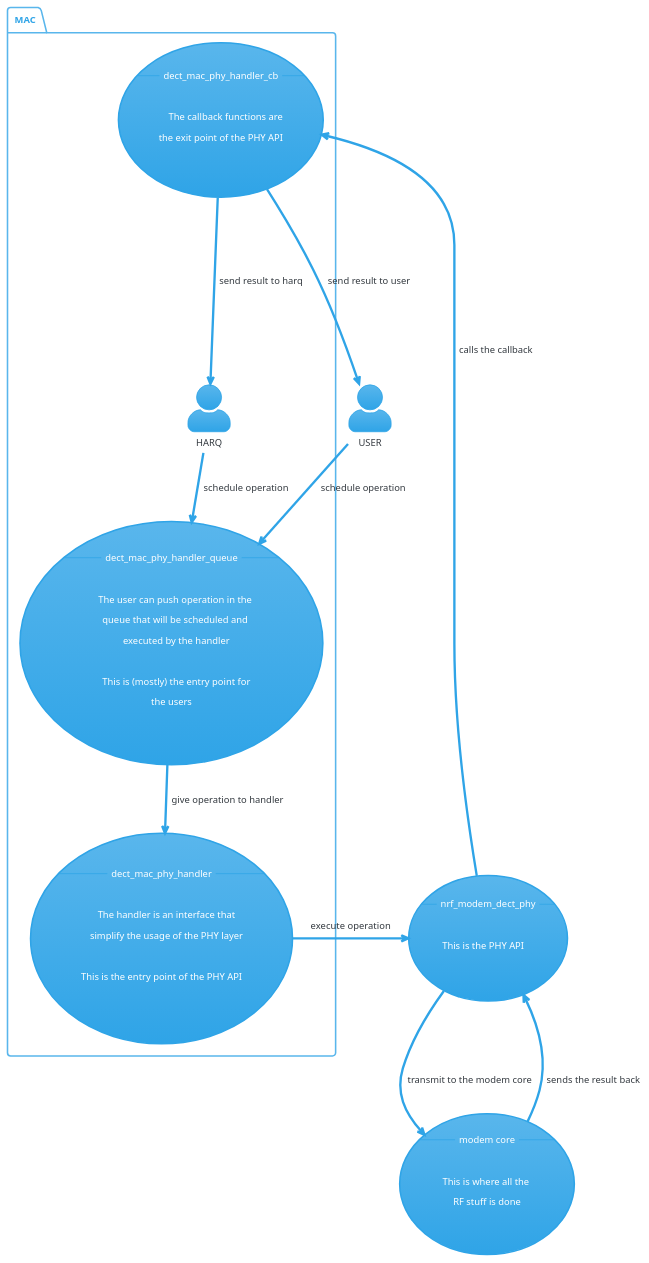
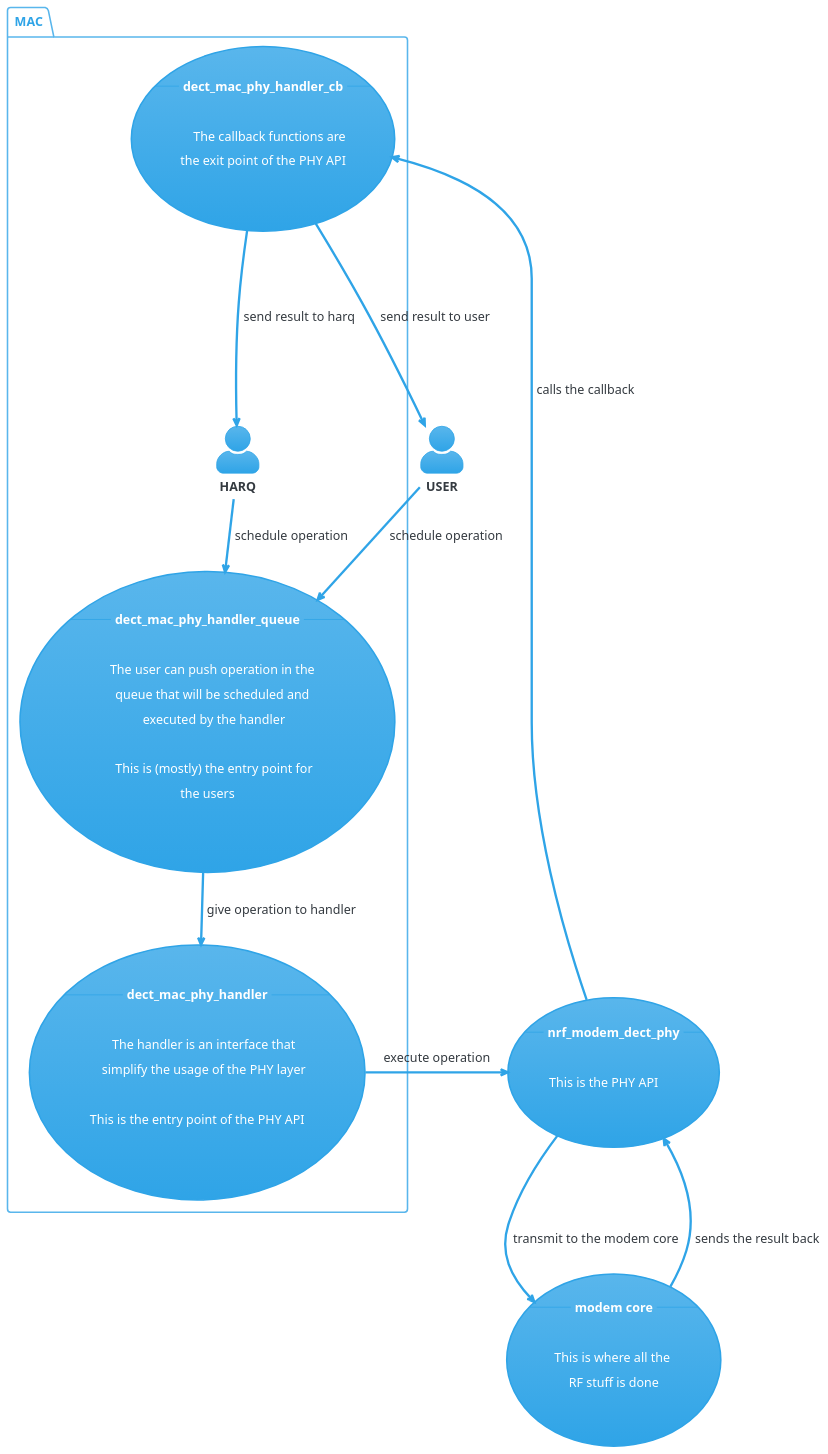
One commit to Terrazed/bachelor-project_dect-nr-plus-harq changed the diagram in doc/diagrams/phy_handler_use_case.puml. Above: the diagram before and after it, drawn with PlantUML.

```diff
--- a/doc/diagrams/phy_handler_use_case.puml
+++ b/doc/diagrams/phy_handler_use_case.puml
@@ -1,62 +1,62 @@
 @startuml
 
 !theme cerulean
-'skinparam DefaultFontSize 16
+skinparam DefaultFontSize 16
 skinparam defaultFontName Gotham Black
 
 
 skinparam actorStyle awesome
 
-:USER: as user
+:**USER**: as user
 
 package MAC {
-    :HARQ: as harq
+    :**HARQ**: as harq
 
-    usecase queue as "--dect_mac_phy_handler_queue--
+    usecase queue as "--**dect_mac_phy_handler_queue**--
 
     The user can push operation in the 
     queue that will be scheduled and 
     executed by the handler
 
     This is (mostly) the entry point for
     the users"
 
 
-    usecase handler as "--dect_mac_phy_handler--
+    usecase handler as "--**dect_mac_phy_handler**--
 
     The handler is an interface that
     simplify the usage of the PHY layer
 
     This is the entry point of the PHY API"
 
-    usecase callback as "--dect_mac_phy_handler_cb--
+    usecase callback as "--**dect_mac_phy_handler_cb**--
 
     The callback functions are
     the exit point of the PHY API"
 }
 
-usecase phy as "--nrf_modem_dect_phy--
+usecase phy as "--**nrf_modem_dect_phy**--
 
 This is the PHY API"
 
-usecase modem as "--modem core--
+usecase modem as "--**modem core**--
 
 This is where all the 
 RF stuff is done"
 
 
 
 
 user --> queue : schedule operation
 harq --> queue : schedule operation
 queue --> handler : give operation to handler
 handler -> phy : execute operation
 phy --> modem : transmit to the modem core
 modem --> phy : sends the result back
 phy --> callback : calls the callback
 callback ----> user : send result to user
 callback ----> harq : send result to harq
 
 
 
 @enduml
```
